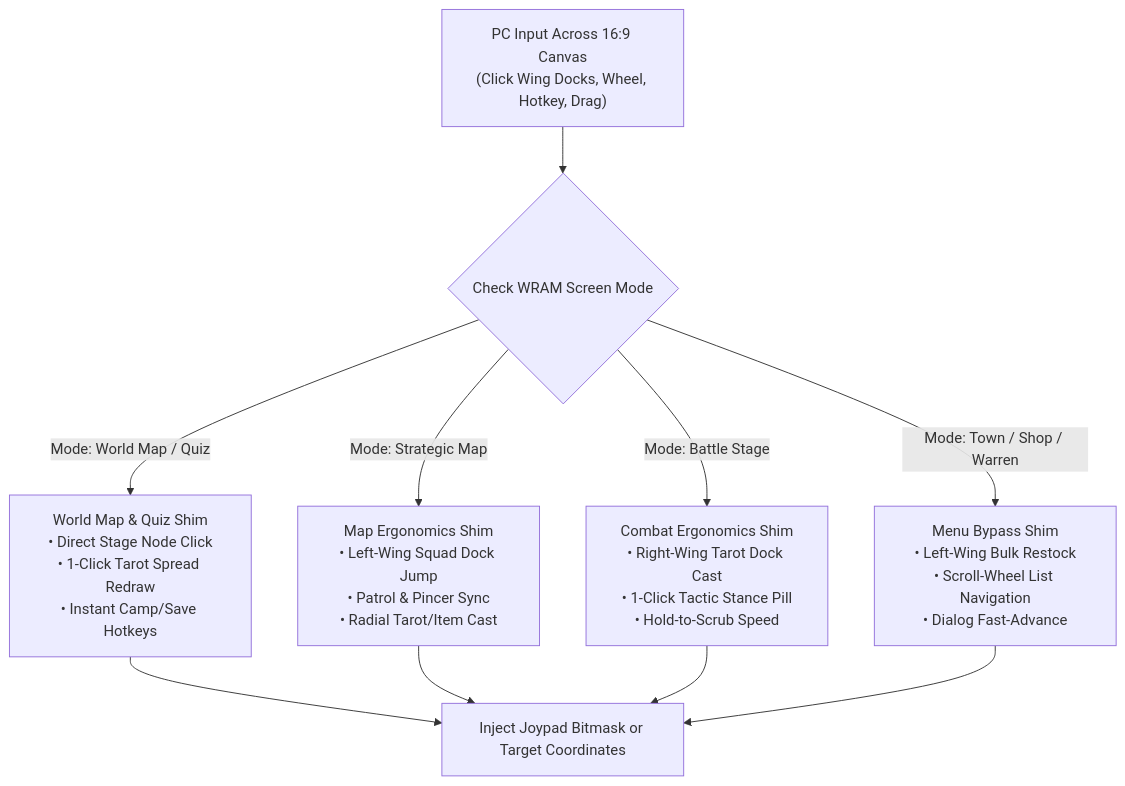
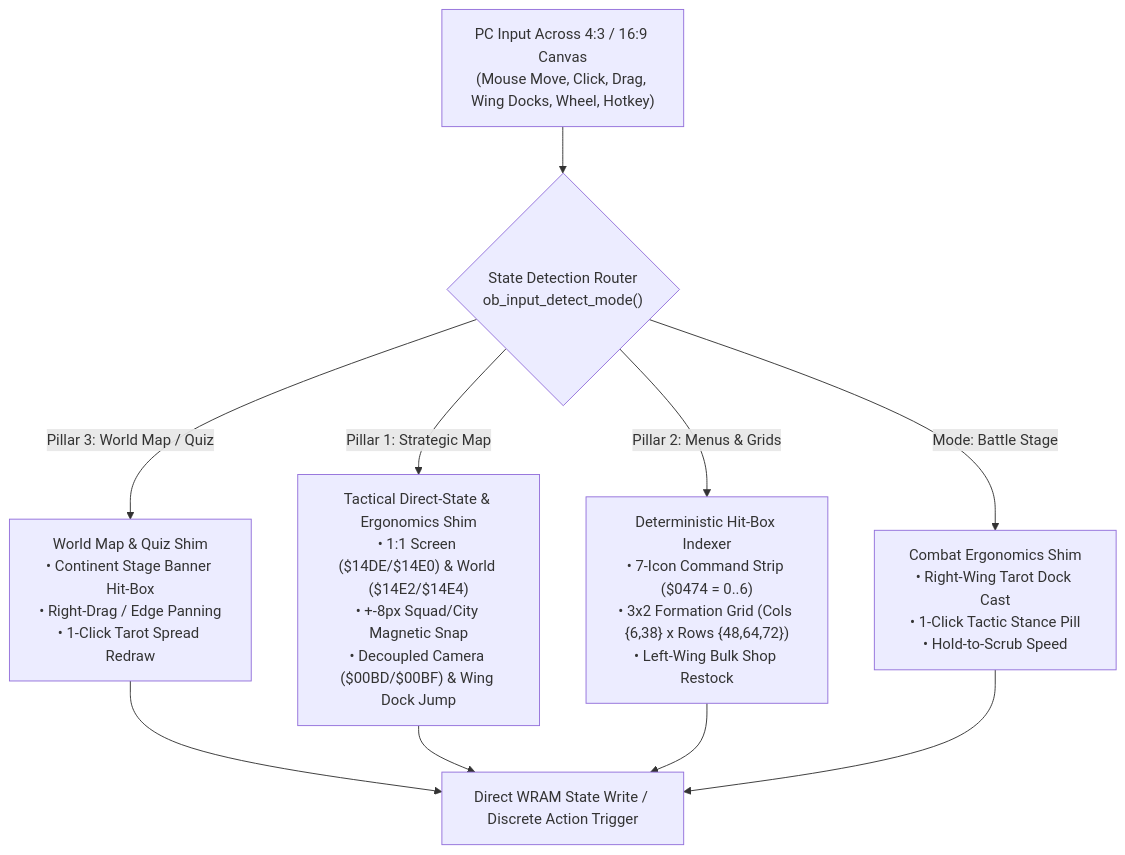
One commit to hoyajavis/ogre-battle-pc changed the third of 5 diagrams in docs/ogre_battle_modernization_areas.md. Above: the diagram before and after it, drawn with Mermaid. The commit also changed other lines of this file and 5 other files, not shown here.

Commit message:
docs(gate2): deprecate Rev 1-8 synthetic D-Pad steering and specify Three-Pillar Mouse Architecture

````diff
--- a/docs/ogre_battle_modernization_areas.md
+++ b/docs/ogre_battle_modernization_areas.md
@@ -227,14 +234,14 @@
 ```mermaid
 flowchart TD
-    UserInput["PC Input Across 16:9 Canvas\n(Click Wing Docks, Wheel, Hotkey, Drag)"] --> ModeCheck{"Check WRAM Screen Mode"}
+    UserInput["PC Input Across 4:3 / 16:9 Canvas\n(Mouse Move, Click, Drag, Wing Docks, Wheel, Hotkey)"] --> ModeCheck{"State Detection Router\nob_input_detect_mode()"}
     
-    ModeCheck -->|"Mode: World Map / Quiz"| HubShim["World Map & Quiz Shim\n• Direct Stage Node Click\n• 1-Click Tarot Spread Redraw\n• Instant Camp/Save Hotkeys"]
-    ModeCheck -->|"Mode: Strategic Map"| MapShim["Map Ergonomics Shim\n• Left-Wing Squad Dock Jump\n• Patrol & Pincer Sync\n• Radial Tarot/Item Cast"]
+    ModeCheck -->|"Pillar 3: World Map / Quiz"| HubShim["World Map & Quiz Shim\n• Continent Stage Banner Hit-Box\n• Right-Drag / Edge Panning\n• 1-Click Tarot Spread Redraw"]
+    ModeCheck -->|"Pillar 1: Strategic Map"| MapShim["Tactical Direct-State & Ergonomics Shim\n• 1:1 Screen ($14DE/$14E0) & World ($14E2/$14E4)\n• +-8px Squad/City Magnetic Snap\n• Decoupled Camera ($00BD/$00BF) & Wing Dock Jump"]
+    ModeCheck -->|"Pillar 2: Menus & Grids"| MenuShim["Deterministic Hit-Box Indexer\n• 7-Icon Command Strip ($0474 = 0..6)\n• 3x2 Formation Grid (Cols {6,38} x Rows {48,64,72})\n• Left-Wing Bulk Shop Restock"]
     ModeCheck -->|"Mode: Battle Stage"| BattleShim["Combat Ergonomics Shim\n• Right-Wing Tarot Dock Cast\n• 1-Click Tactic Stance Pill\n• Hold-to-Scrub Speed"]
-    ModeCheck -->|"Mode: Town / Shop / Warren"| MenuShim["Menu Bypass Shim\n• Left-Wing Bulk Restock\n• Scroll-Wheel List Navigation\n• Dialog Fast-Advance"]
     
-    HubShim --> Inject["Inject Joypad Bitmask or Target Coordinates"]
+    HubShim --> Inject["Direct WRAM State Write / Discrete Action Trigger"]
     MapShim --> Inject
+    MenuShim --> Inject
     BattleShim --> Inject
-    MenuShim --> Inject
 ```
````
